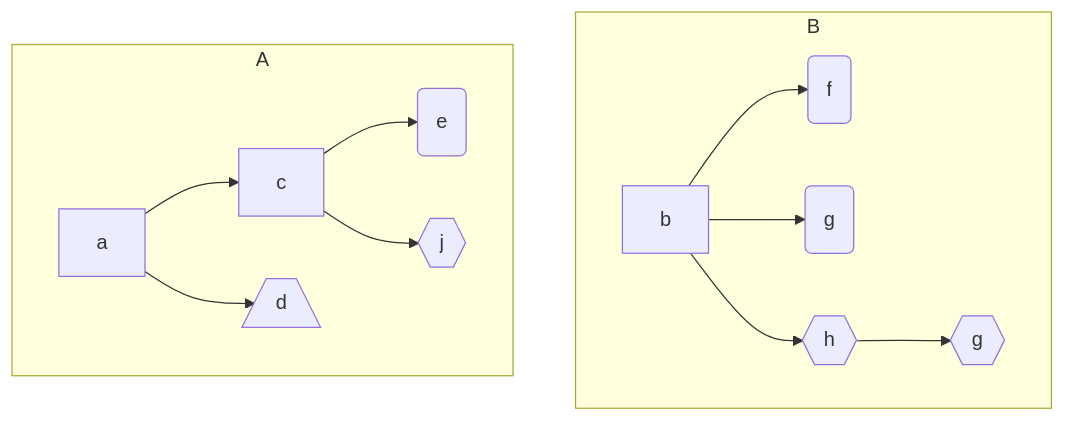
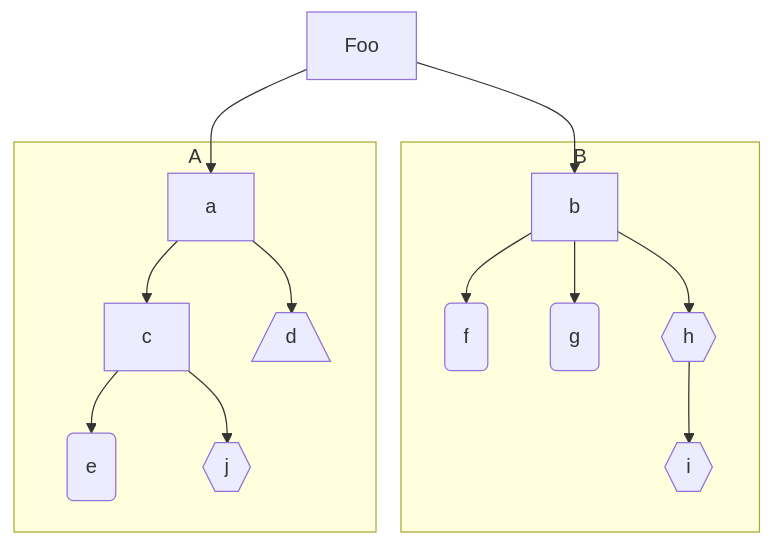
One commit to caente/mismatch changed the seventh of 7 diagrams in docs/diffs.md. Above: the diagram before and after it, drawn with Mermaid. The commit also changed other lines of this file and 5 other files, not shown here.

````diff
--- a/docs/diffs.md
+++ b/docs/diffs.md
@@ -169,14 +319,16 @@
 ```mermaid
 graph TB
+    Foo --> a
+    Foo --> b
 	subgraph B
 	b[b] --> f(f)
 	b[b] --> gR(g)
-	b[b] --> h{{h}} --> gL{{g}}
+	b[b] --> h{{h}} --> i{{i}}
 	end
 	subgraph A
 	a --> c --> e(e)
 	c --> j{{j}}
 	a --> d[/d\]
 	end
 	
 ```
````
